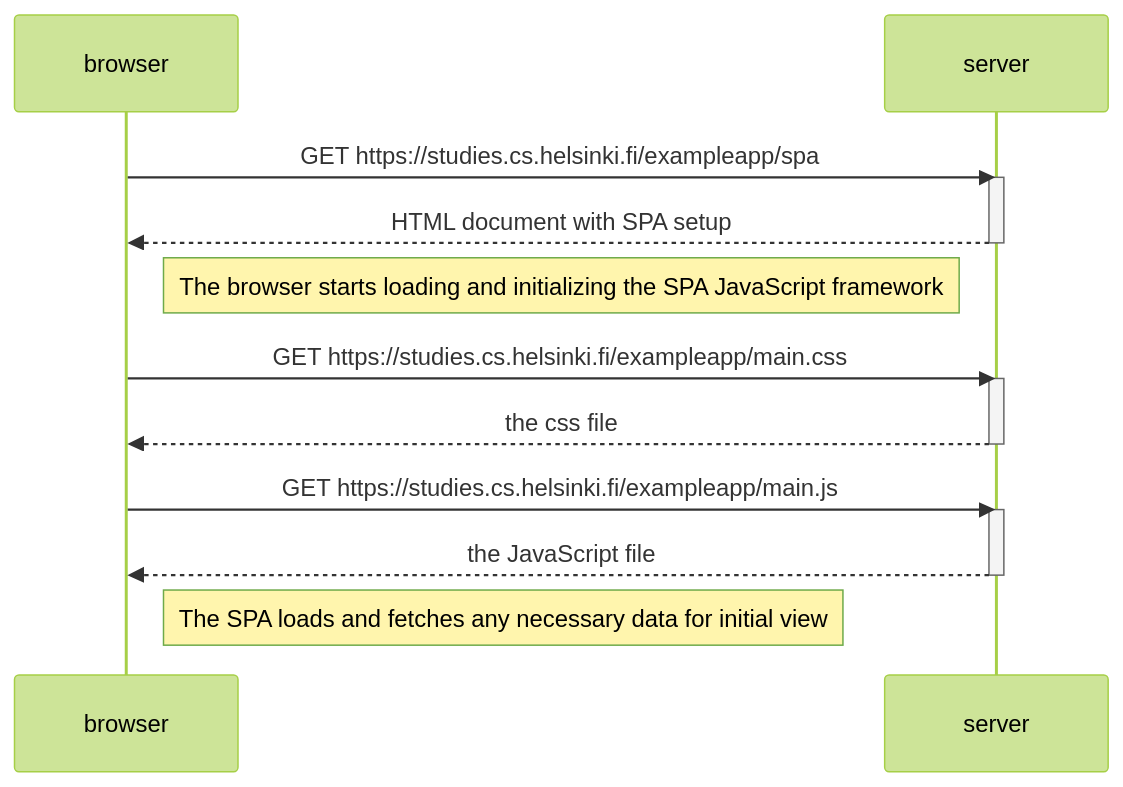
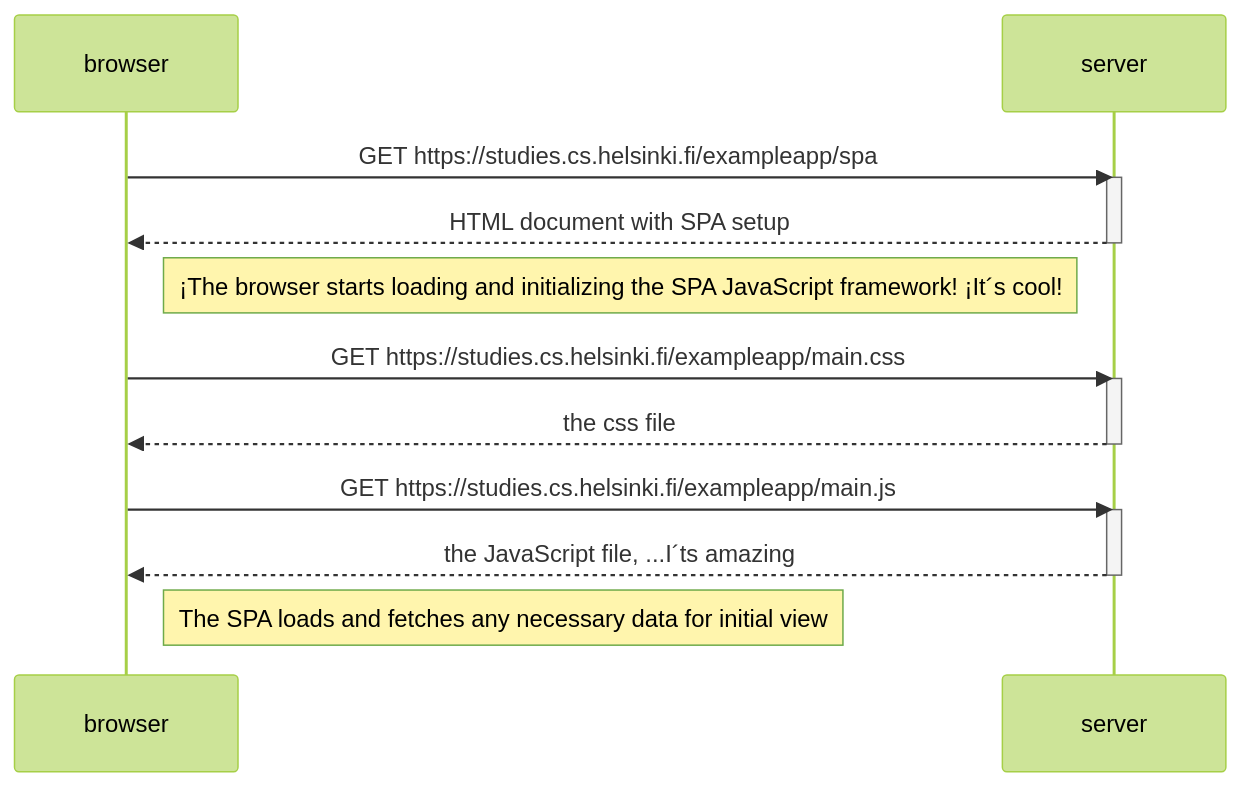
Before and after one commit to MCosuna/full-stack-open: the diagram in part_0/05_single_page_application_diagram.md, drawn with Mermaid (forest theme).

````diff
--- a/part_0/05_single_page_application_diagram.md
+++ b/part_0/05_single_page_application_diagram.md
@@ -1,24 +1,24 @@
 ```mermaid
 sequenceDiagram
     participant browser
     participant server
 
     browser->>server: GET https://studies.cs.helsinki.fi/exampleapp/spa
     activate server
     server-->>browser: HTML document with SPA setup
     deactivate server
 
-    Note right of browser: The browser starts loading and initializing the SPA JavaScript framework
+    Note right of browser: ¡The browser starts loading and initializing the SPA JavaScript framework! ¡It´s cool!
 
     browser->>server: GET https://studies.cs.helsinki.fi/exampleapp/main.css
     activate server
     server-->>browser: the css file
     deactivate server
 
     browser->>server: GET https://studies.cs.helsinki.fi/exampleapp/main.js
     activate server
-    server-->>browser: the JavaScript file
+    server-->>browser: the JavaScript file, ...I´ts amazing
     deactivate server
 
     Note right of browser: The SPA loads and fetches any necessary data for initial view
 ```
````
